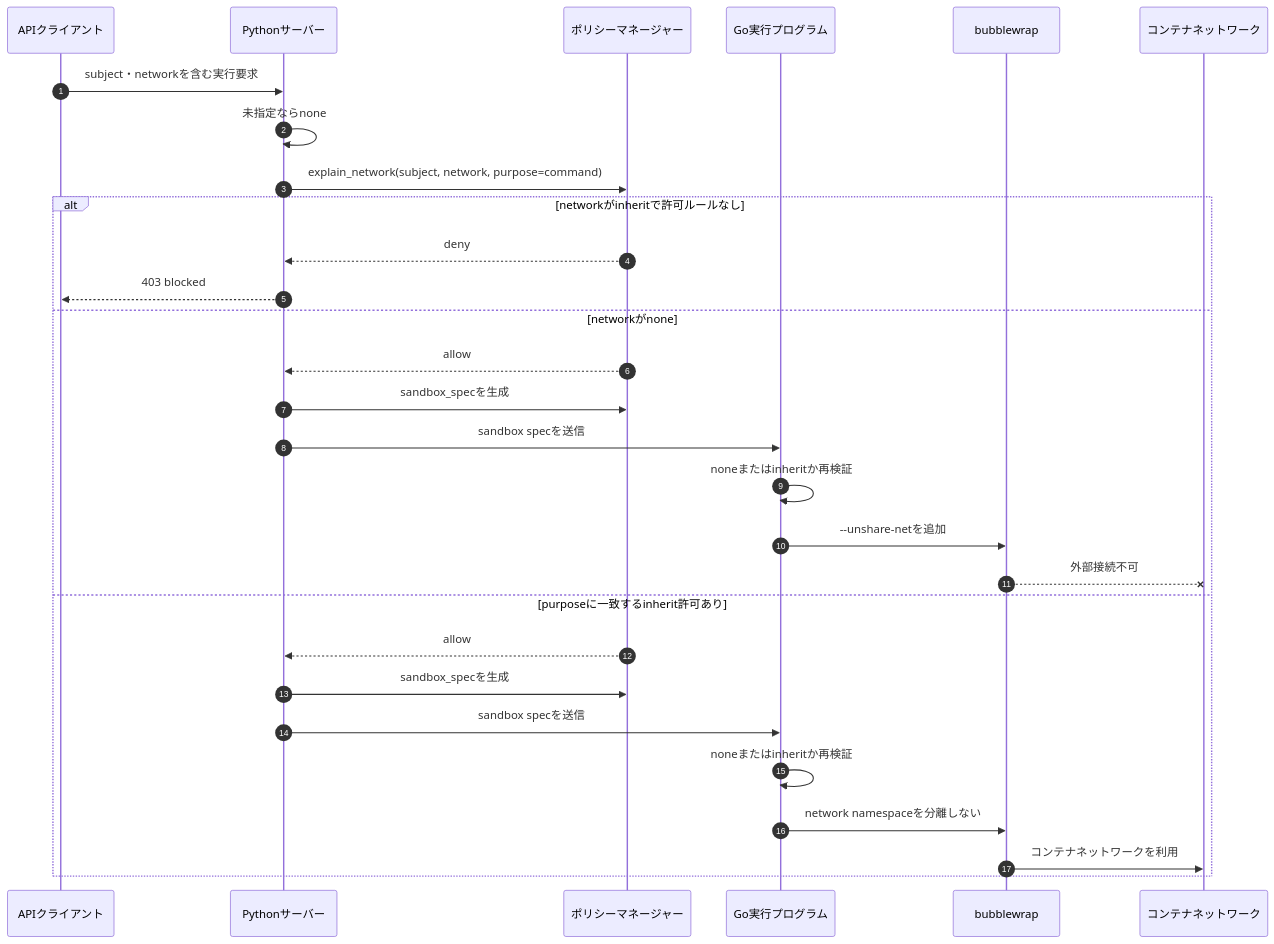
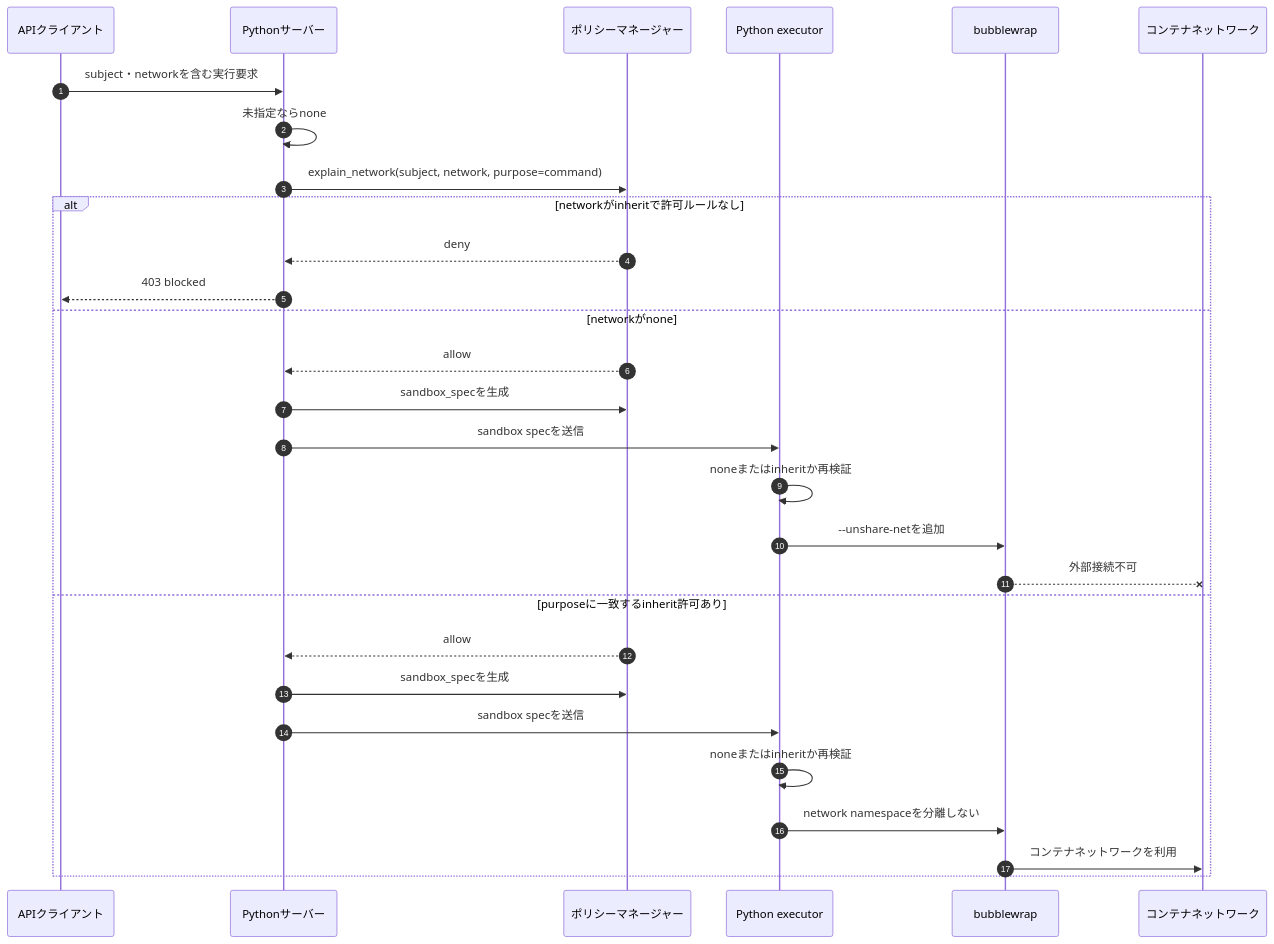
Before and after one commit to northwest-systems/ModelConsole: the third of 9 diagrams in docs/session-orchestration-design.md, drawn with Mermaid. The commit also changed other lines of this file and 11 other files, not shown here.

Commit message:
Replace Go executor with Python executor

````diff
--- a/docs/session-orchestration-design.md
+++ b/docs/session-orchestration-design.md
@@ -441,33 +441,33 @@
 ```mermaid
 sequenceDiagram
     autonumber
     participant Client as APIクライアント
     participant Server as Pythonサーバー
     participant Policy as ポリシーマネージャー
-    participant Executor as Go実行プログラム
+    participant Executor as Python executor
     participant Bwrap as bubblewrap
     participant Network as コンテナネットワーク
 
     Client->>Server: subject・networkを含む実行要求
     Server->>Server: 未指定ならnone
     Server->>Policy: explain_network(subject, network, purpose=command)
 
     alt networkがinheritで許可ルールなし
         Policy-->>Server: deny
         Server-->>Client: 403 blocked
     else networkがnone
         Policy-->>Server: allow
         Server->>Policy: sandbox_specを生成
         Server->>Executor: sandbox specを送信
         Executor->>Executor: noneまたはinheritか再検証
         Executor->>Bwrap: --unshare-netを追加
         Bwrap--xNetwork: 外部接続不可
     else purposeに一致するinherit許可あり
         Policy-->>Server: allow
         Server->>Policy: sandbox_specを生成
         Server->>Executor: sandbox specを送信
         Executor->>Executor: noneまたはinheritか再検証
         Executor->>Bwrap: network namespaceを分離しない
         Bwrap->>Network: コンテナネットワークを利用
     end
 ```
````
